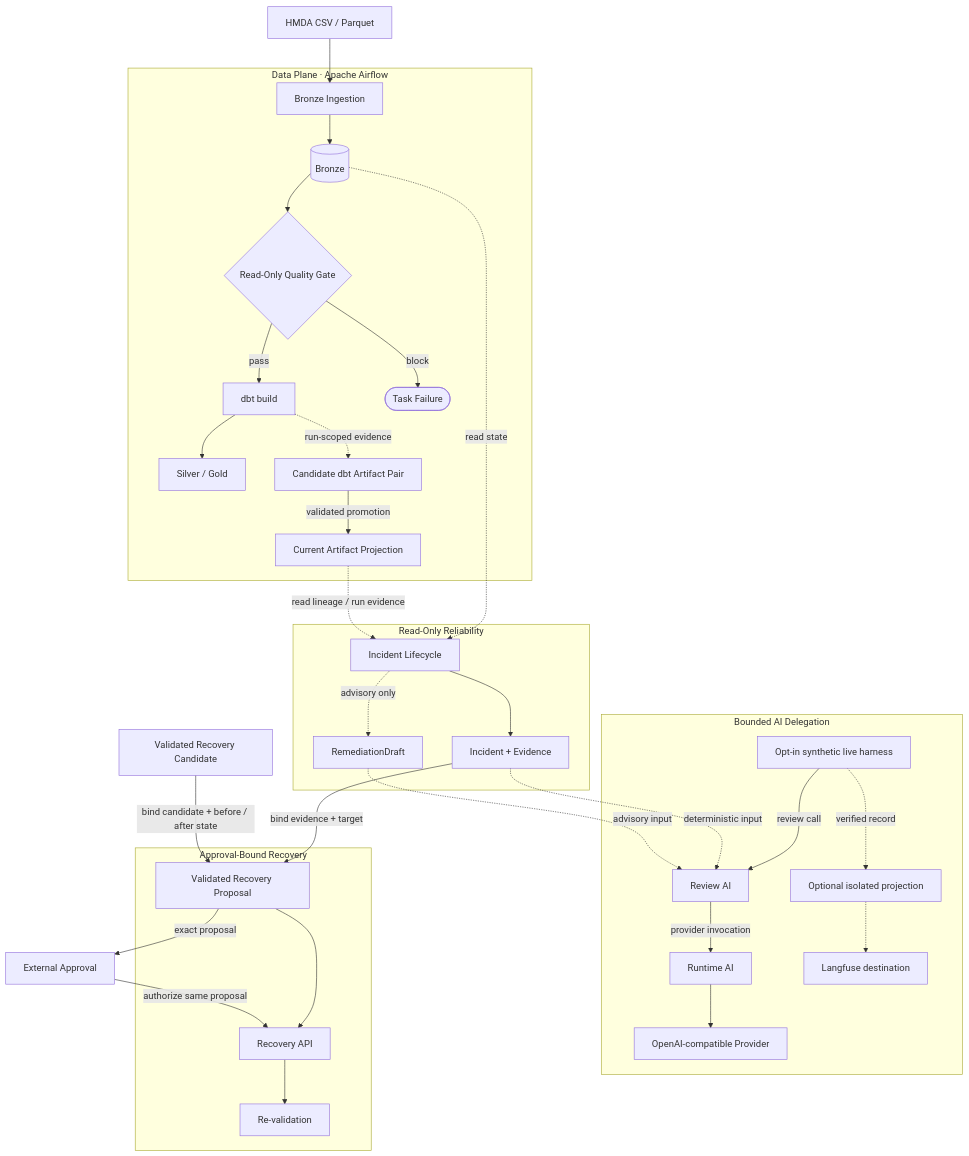
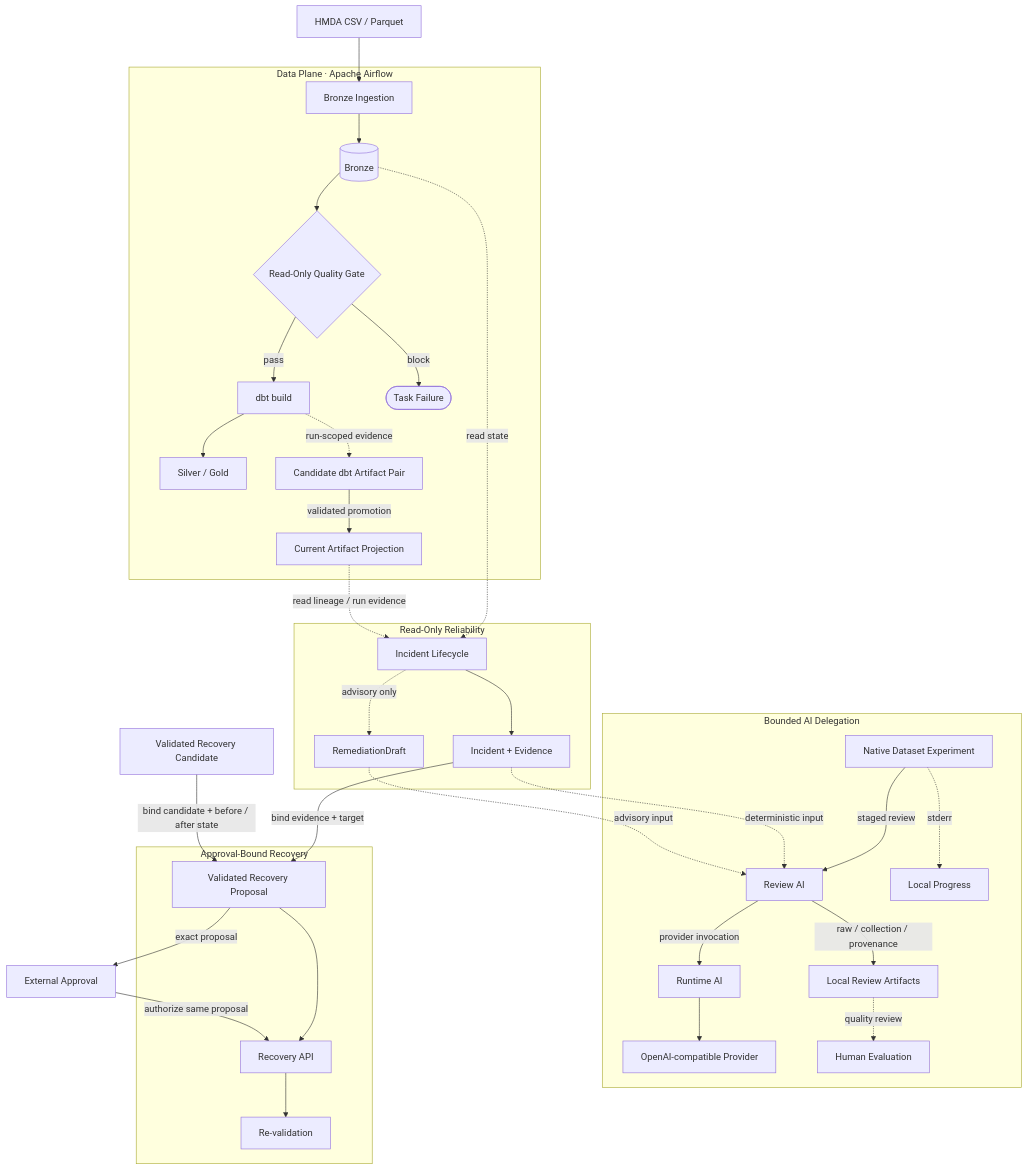
The diagram in docs/ARCHITECTURE.md (mols3131d/hmda-data-reliability), drawn with Mermaid before and after one commit. The commit also changed other lines of this file and 170 other files, not shown here.

Commit message:
Review AI 한국어 단계 검토와 Langfuse native 실행 통합 (#280)

````diff
--- a/docs/ARCHITECTURE.md
+++ b/docs/ARCHITECTURE.md
@@ -26,40 +26,41 @@
 ```mermaid
 flowchart TB
     files["HMDA CSV / Parquet"]
 
     subgraph data_plane ["Data Plane · Apache Airflow"]
         ingest["Bronze Ingestion"] --> bronze[("Bronze")]
         bronze --> gate{"Read-Only Quality Gate"}
         gate -->|pass| dbt["dbt build"] --> analytics["Silver / Gold"]
         gate -->|block| failed(["Task Failure"])
         dbt -.->|run-scoped evidence| candidate_artifacts["Candidate dbt Artifact Pair"]
         candidate_artifacts -->|validated promotion| current_artifacts["Current Artifact Projection"]
     end
 
     subgraph analysis_plane ["Read-Only Reliability"]
         lifecycle["Incident Lifecycle"] --> incident["Incident + Evidence"]
         lifecycle -.->|advisory only| draft["RemediationDraft"]
     end
 
     subgraph ai_plane ["Bounded AI Delegation"]
-        live_harness["Opt-in synthetic live harness"] -->|review call| review["Review AI"]
+        live_harness["Native Dataset Experiment"] -->|staged review| review["Review AI"]
         review -->|provider invocation| runtime["Runtime AI"]
         runtime --> provider["OpenAI-compatible Provider"]
-        live_harness -.->|verified record| projection["Optional isolated projection"]
-        projection -.-> langfuse["Langfuse destination"]
+        review -->|raw / collection / provenance| local_review["Local Review Artifacts"]
+        live_harness -.->|stderr| progress["Local Progress"]
+        local_review -.->|quality review| human_review["Human Evaluation"]
     end
 
     subgraph recovery_plane ["Approval-Bound Recovery"]
         proposal["Validated Recovery Proposal"] --> recovery["Recovery API"] --> verify["Re-validation"]
     end
 
     files --> ingest
     bronze -.->|read state| lifecycle
     current_artifacts -.->|read lineage / run evidence| lifecycle
     incident -.->|deterministic input| review
     draft -.->|advisory input| review
     incident -->|bind evidence + target| proposal
     recovery_candidate["Validated Recovery Candidate"] -->|bind candidate + before / after state| proposal
     proposal -->|exact proposal| approval["External Approval"]
     approval -->|authorize same proposal| recovery
 ```
````
